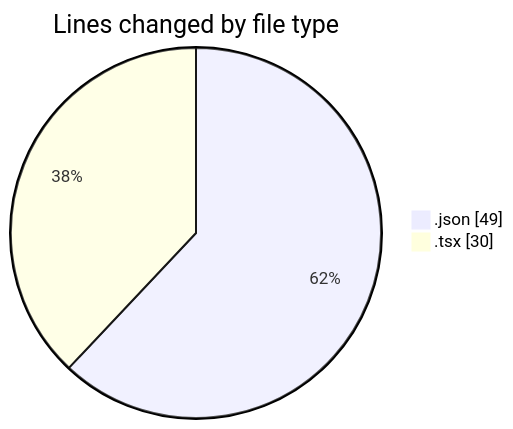
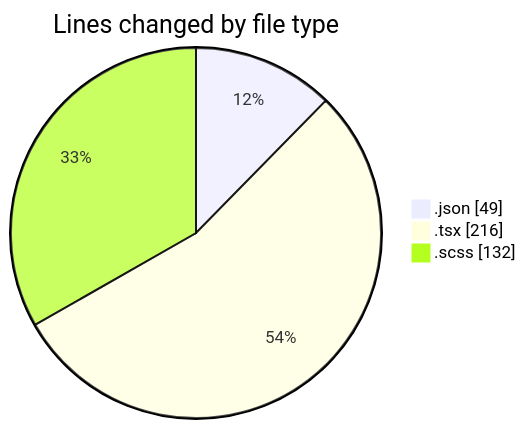
One commit to momahboobian/code-tracking changed the first of 2 diagrams in 2025-08-20/cda/README.md. Above: the diagram before and after it, drawn with Mermaid. The commit also changed other lines of this file and 1 other file, not shown here.

````diff
--- a/2025-08-20/cda/README.md
+++ b/2025-08-20/cda/README.md
@@ -21,6 +22,7 @@
 ```mermaid
 pie showData
 title Lines changed by file type
 ".json" : 49
-".tsx" : 30
+".tsx" : 216
+".scss" : 132
 ```
````
